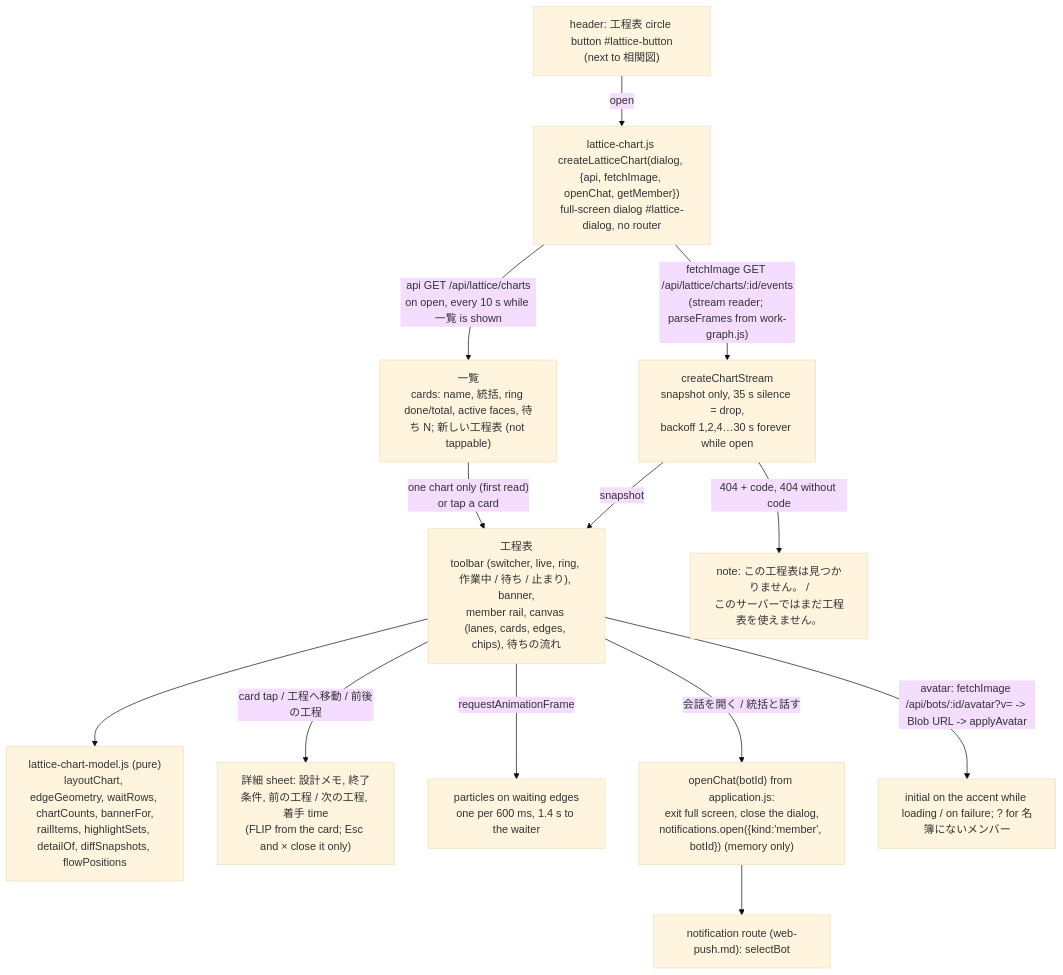
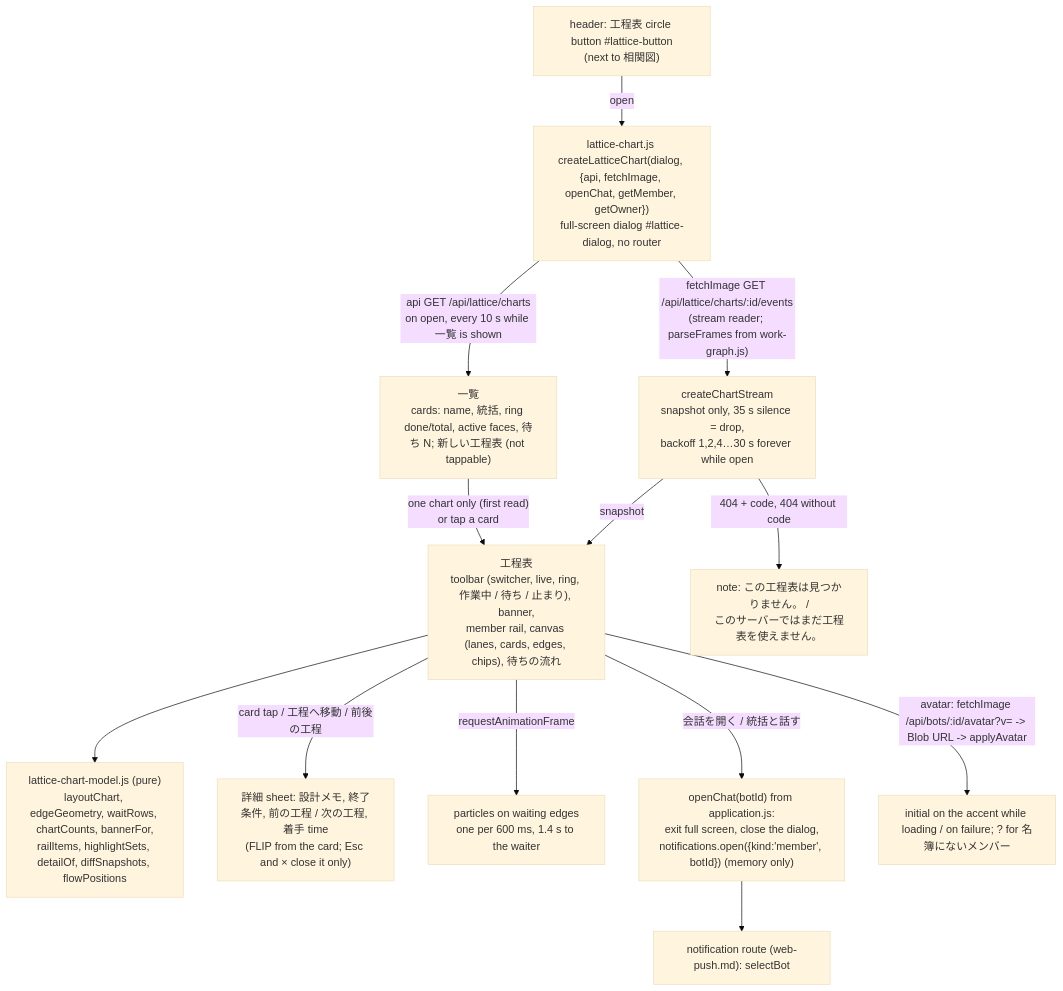
The diagram in docs/architecture/modules/web/lattice-chart.md (kitepon/BellTeam), drawn with Mermaid (base theme) before and after one commit. The commit also changed other lines of this file and 8 other files, not shown here.

First line of the commit message:
lattice: the Owner as a card owner (lane owner / 指揮官), drawn by name and face

````diff
--- a/docs/architecture/modules/web/lattice-chart.md
+++ b/docs/architecture/modules/web/lattice-chart.md
@@ -7,15 +7,15 @@
 ```mermaid
 flowchart TD
-  Nav["header: 工程表 circle button #lattice-button<br/>(next to 相関図)"] -->|open| View["lattice-chart.js createLatticeChart(dialog, {api, fetchImage, openChat, getMember})<br/>full-screen dialog #lattice-dialog, no router"]
+  Nav["header: 工程表 circle button #lattice-button<br/>(next to 相関図)"] -->|open| View["lattice-chart.js createLatticeChart(dialog, {api, fetchImage, openChat, getMember, getOwner})<br/>full-screen dialog #lattice-dialog, no router"]
   View -->|"api GET /api/lattice/charts<br/>on open, every 10 s while 一覧 is shown"| List["一覧<br/>cards: name, 統括, ring done/total, active faces, 待ち N; 新しい工程表 (not tappable)"]
   List -->|"one chart only (first read)<br/>or tap a card"| Chart
   View -->|"fetchImage GET /api/lattice/charts/:id/events<br/>(stream reader; parseFrames from work-graph.js)"| Stream["createChartStream<br/>snapshot only, 35 s silence = drop,<br/>backoff 1,2,4…30 s forever while open"]
   Stream -->|snapshot| Chart["工程表<br/>toolbar (switcher, live, ring, 作業中 / 待ち / 止まり), banner,<br/>member rail, canvas (lanes, cards, edges, chips), 待ちの流れ"]
   Stream -->|"404 + code, 404 without code"| Notes["note: この工程表は見つかりません。 /<br/>このサーバーではまだ工程表を使えません。"]
   Chart --> Model["lattice-chart-model.js (pure)<br/>layoutChart, edgeGeometry, waitRows, chartCounts, bannerFor,<br/>railItems, highlightSets, detailOf, diffSnapshots, flowPositions"]
   Chart -->|"card tap / 工程へ移動 / 前後の工程"| Detail["詳細 sheet: 設計メモ, 終了条件, 前の工程 / 次の工程, 着手 time<br/>(FLIP from the card; Esc and × close it only)"]
   Chart -->|requestAnimationFrame| Flow["particles on waiting edges<br/>one per 600 ms, 1.4 s to the waiter"]
   Chart -->|"会話を開く / 統括と話す"| Open["openChat(botId) from application.js:<br/>exit full screen, close the dialog,<br/>notifications.open({kind:'member', botId}) (memory only)"]
   Open --> Route["notification route (web-push.md): selectBot"]
   Chart -->|"avatar: fetchImage /api/bots/:id/avatar?v= -> Blob URL -> applyAvatar"| Faces["initial on the accent while loading / on failure; ? for 名簿にないメンバー"]
 ```
````
